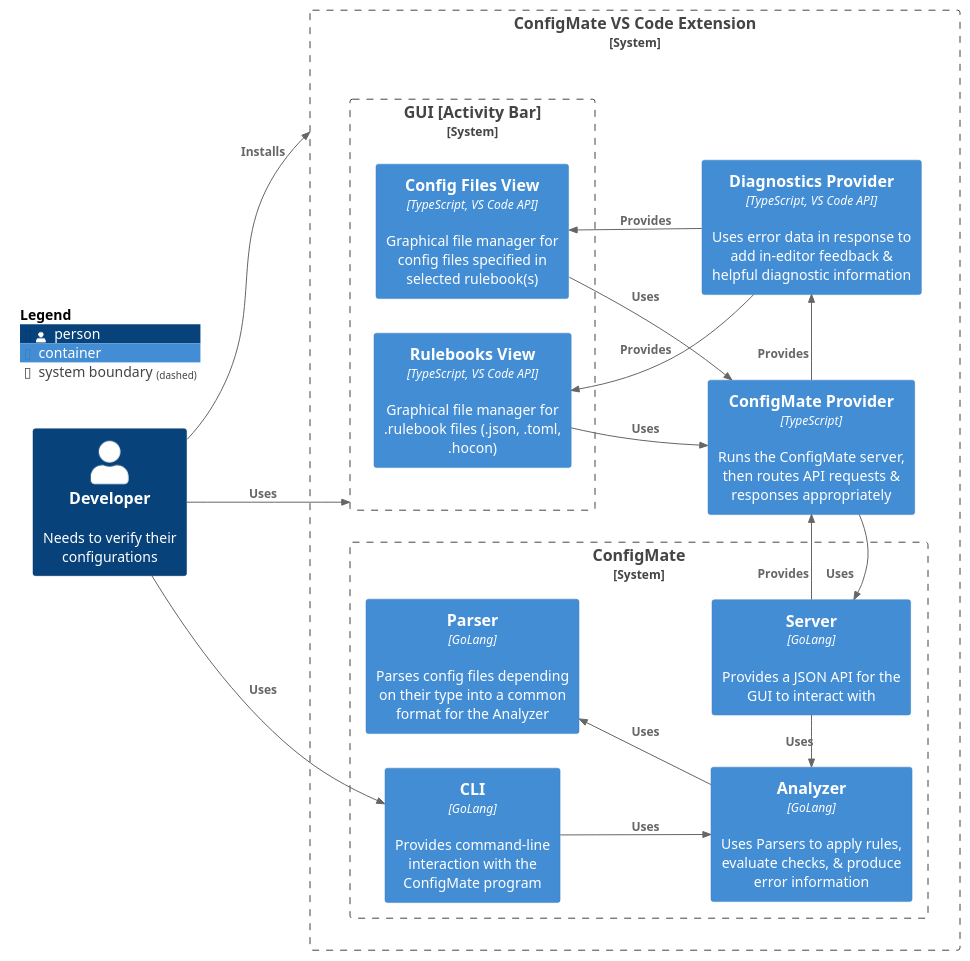
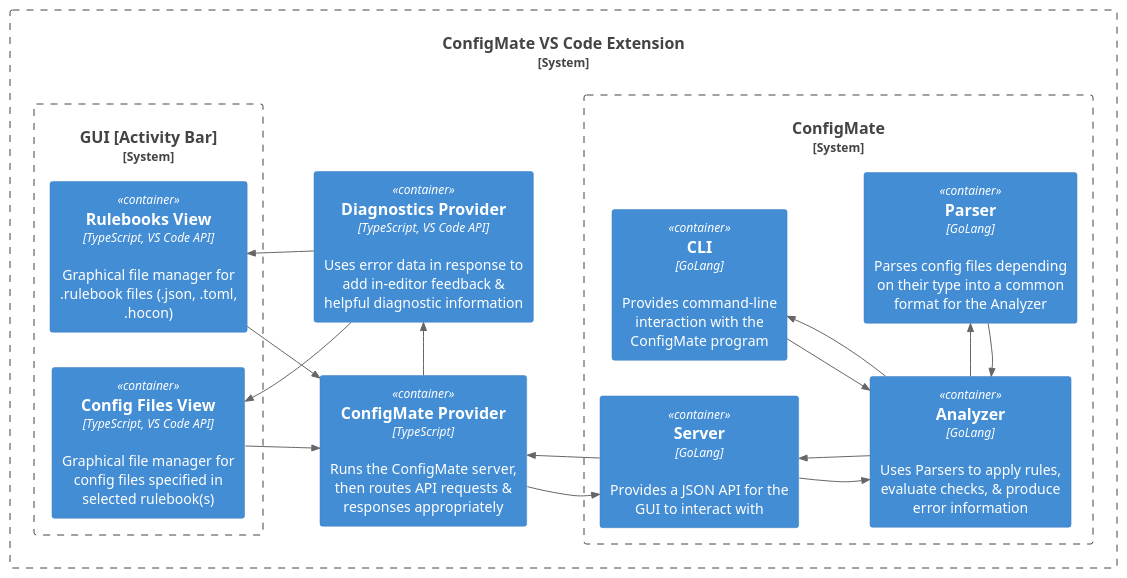
Before and after one commit to ConfigMate/configmate-gui: the diagram in diagrams/src/c4.plantuml, drawn with PlantUML. The commit also changed 4 other files, not shown here.

Commit message:
diagrams update & cleanup

```diff
--- a/diagrams/src/c4.plantuml
+++ b/diagrams/src/c4.plantuml
@@ -1,40 +1,39 @@
 @startuml c4
 !include  https://raw.githubusercontent.com/plantuml-stdlib/C4-PlantUML/master/C4_Container.puml
 
 LAYOUT_LANDSCAPE()
 
-Person(user, "Developer", "Needs to verify their configurations")
+' Person(user, "User", "Uses ConfigMate to manage config files")
 
 System_Boundary(extension, "ConfigMate VS Code Extension") {
 	System_Boundary(gui, "GUI [Activity Bar]") {
 		Container(rulebooks, "Rulebooks View", "TypeScript, VS Code API", "Graphical file manager for .rulebook files (.json, .toml, .hocon)")
 		Container(configFiles, "Config Files View", "TypeScript, VS Code API", "Graphical file manager for config files specified in selected rulebook(s)")
 	}
 	Container(configmateProvider, "ConfigMate Provider", "TypeScript", "Runs the ConfigMate server, then routes API requests & responses appropriately")
 	Container(diagnosticsProvider, "Diagnostics Provider", "TypeScript, VS Code API", "Uses error data in response to add in-editor feedback & helpful diagnostic information")
 	System_Boundary(configmate, "ConfigMate") {
 		Container(cli, "CLI", "GoLang", "Provides command-line interaction with the ConfigMate program")
 		Container(analyzer, "Analyzer", "GoLang", "Uses Parsers to apply rules, evaluate checks, & produce error information")
 		Container(parser, "Parser", "GoLang", "Parses config files depending on their type into a common format for the Analyzer")
 		Container(server, "Server", "GoLang", "Provides a JSON API for the GUI to interact with")
 	}
 }
-Rel_U(configmateProvider, server, "\n\nUses")
-Rel_D(server, configmateProvider, "\n\nProvides")
-Rel_D(configmateProvider, diagnosticsProvider, "\n\nProvides")
+Rel_R(configmateProvider, server, " ")
+Rel_L(server, configmateProvider, " ")
+Rel_D(configmateProvider, diagnosticsProvider, " ")
 
-Rel_R(rulebooks, configmateProvider, "Uses")
-Rel_R(configFiles, configmateProvider, "Uses")
-Rel_L(diagnosticsProvider, rulebooks, "Provides")
-Rel_L(diagnosticsProvider, configFiles, "Provides")
+Rel_R(rulebooks, configmateProvider, " ")
+Rel_R(configFiles, configmateProvider, " ")
+Rel_L(diagnosticsProvider, rulebooks, " ")
+Rel_L(diagnosticsProvider, configFiles, " ")
 
-Rel_R(cli, analyzer, "Uses")
-Rel_U(server, analyzer, "Uses")
-Rel_L(analyzer, parser, "Uses")
+Rel_D(cli, analyzer, " ")
+Rel_L(analyzer, cli, " ")
+Rel_R(server, analyzer, " ")
+Rel_L(analyzer, server, " ")
+Rel_D(analyzer, parser, " ")
+Rel_U(parser, analyzer, " ")
 
-Rel_R(user, extension, "Installs")
-Rel_R(user, gui, "Uses")
-Rel_R(user, cli, "Uses")
-
-SHOW_FLOATING_LEGEND()
+' SHOW_FLOATING_LEGEND()
 @enduml
```
